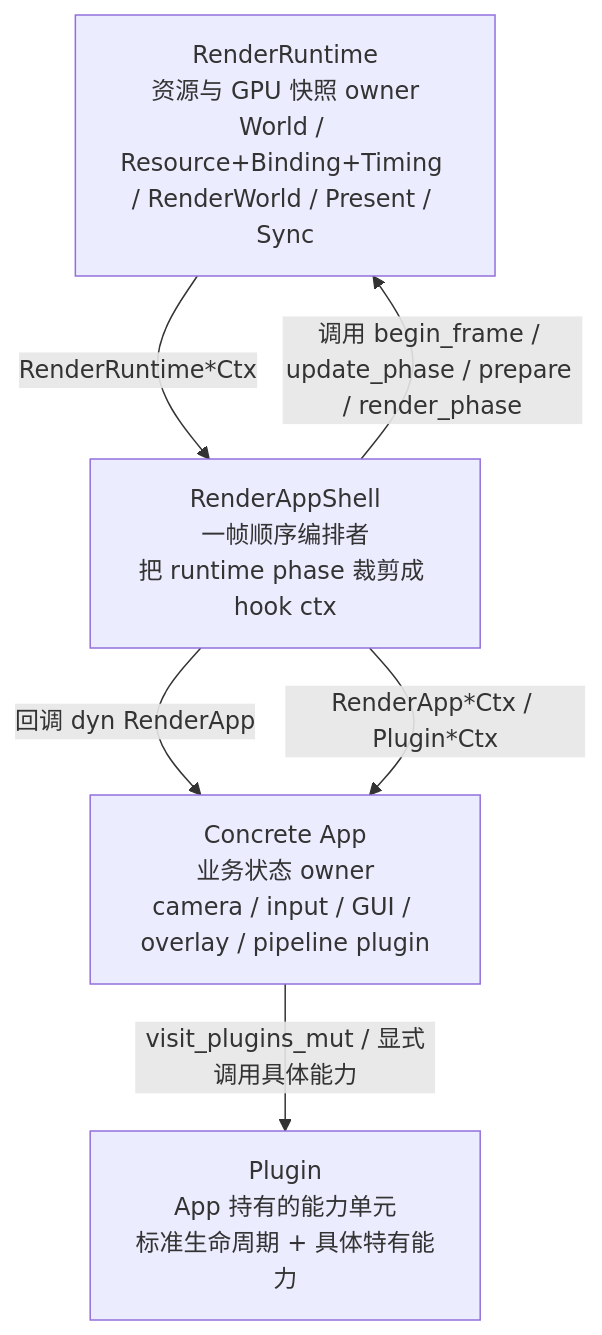
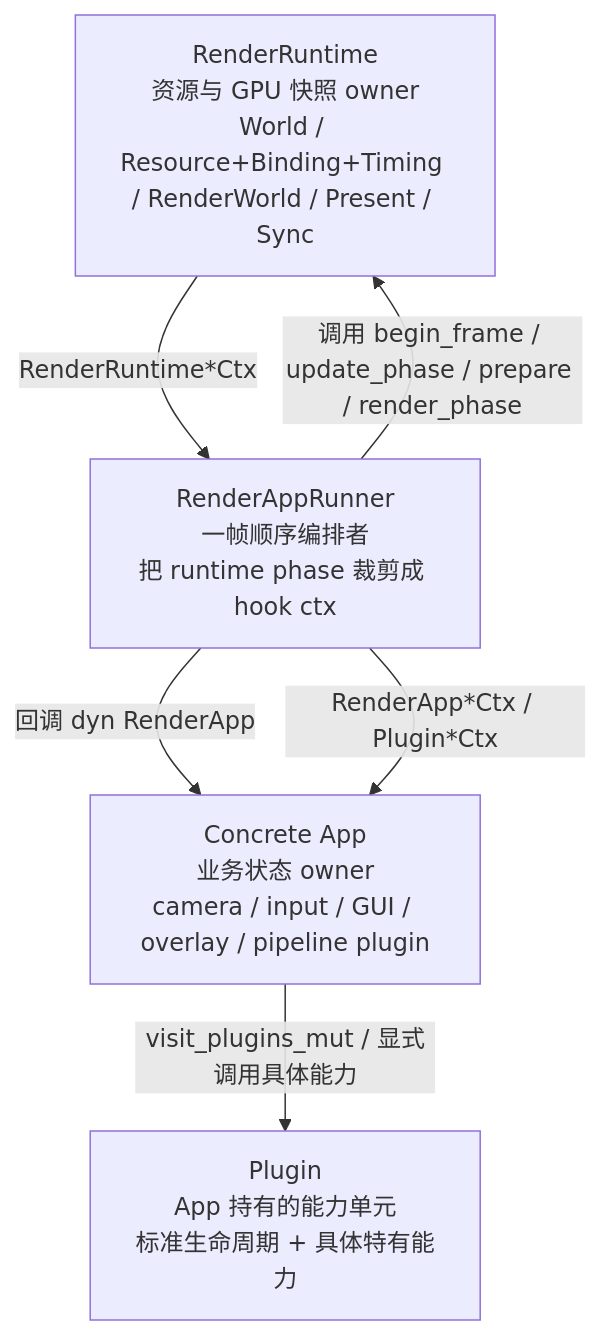
The first of 5 diagrams in docs/summaries/frame-lifecycle.md (acccoco/TruvisRenderer), drawn with Mermaid before and after one commit. The commit also changed other lines of this file and 35 other files, not shown here.

````diff
--- a/docs/summaries/frame-lifecycle.md
+++ b/docs/summaries/frame-lifecycle.md
@@ -28,12 +28,12 @@
 ```mermaid
 flowchart TB
     Runtime["RenderRuntime<br/>资源与 GPU 快照 owner<br/>World / Resource+Binding+Timing / RenderWorld / Present / Sync"]
-    Shell["RenderAppShell<br/>一帧顺序编排者<br/>把 runtime phase 裁剪成 hook ctx"]
+    Runner["RenderAppRunner<br/>一帧顺序编排者<br/>把 runtime phase 裁剪成 hook ctx"]
     App["Concrete App<br/>业务状态 owner<br/>camera / input / GUI / overlay / pipeline plugin"]
     Plugin["Plugin<br/>App 持有的能力单元<br/>标准生命周期 + 具体特有能力"]
-    Shell -->|" 调用 begin_frame / update_phase / prepare / render_phase "| Runtime
-    Shell -->|" 回调 dyn RenderApp "| App
+    Runner -->|" 调用 begin_frame / update_phase / prepare / render_phase "| Runtime
+    Runner -->|" 回调 dyn RenderApp "| App
     App -->|" visit_plugins_mut / 显式调用具体能力 "| Plugin
-    Runtime -->|" RenderRuntime*Ctx "| Shell
-    Shell -->|" RenderApp*Ctx / Plugin*Ctx "| App
+    Runtime -->|" RenderRuntime*Ctx "| Runner
+    Runner -->|" RenderApp*Ctx / Plugin*Ctx "| App
 ```
````
